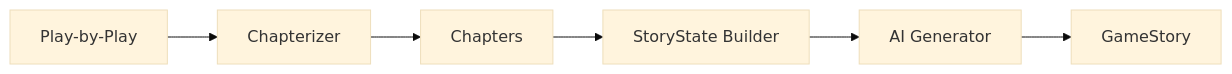
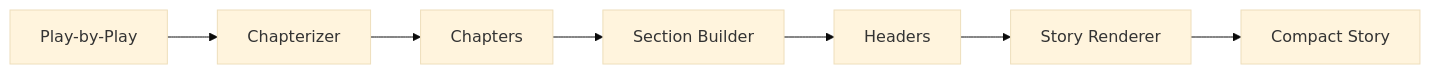
One commit to dock108dev/sports-data-admin-util changed the second of 2 diagrams in docs/ARCHITECTURE.md. Above: the diagram before and after it, drawn with Mermaid (base theme). The commit also changed other lines of this file and 6 other files, not shown here.

````diff
--- a/docs/ARCHITECTURE.md
+++ b/docs/ARCHITECTURE.md
@@ -75,8 +75,9 @@
 ```mermaid
 graph LR
     A[Play-by-Play] --> B[Chapterizer]
     B --> C[Chapters]
-    C --> D[StoryState Builder]
-    D --> E[AI Generator]
-    E --> F[GameStory]
+    C --> D[Section Builder]
+    D --> E[Headers]
+    E --> F[Story Renderer]
+    F --> G[Compact Story]
 ```
````
